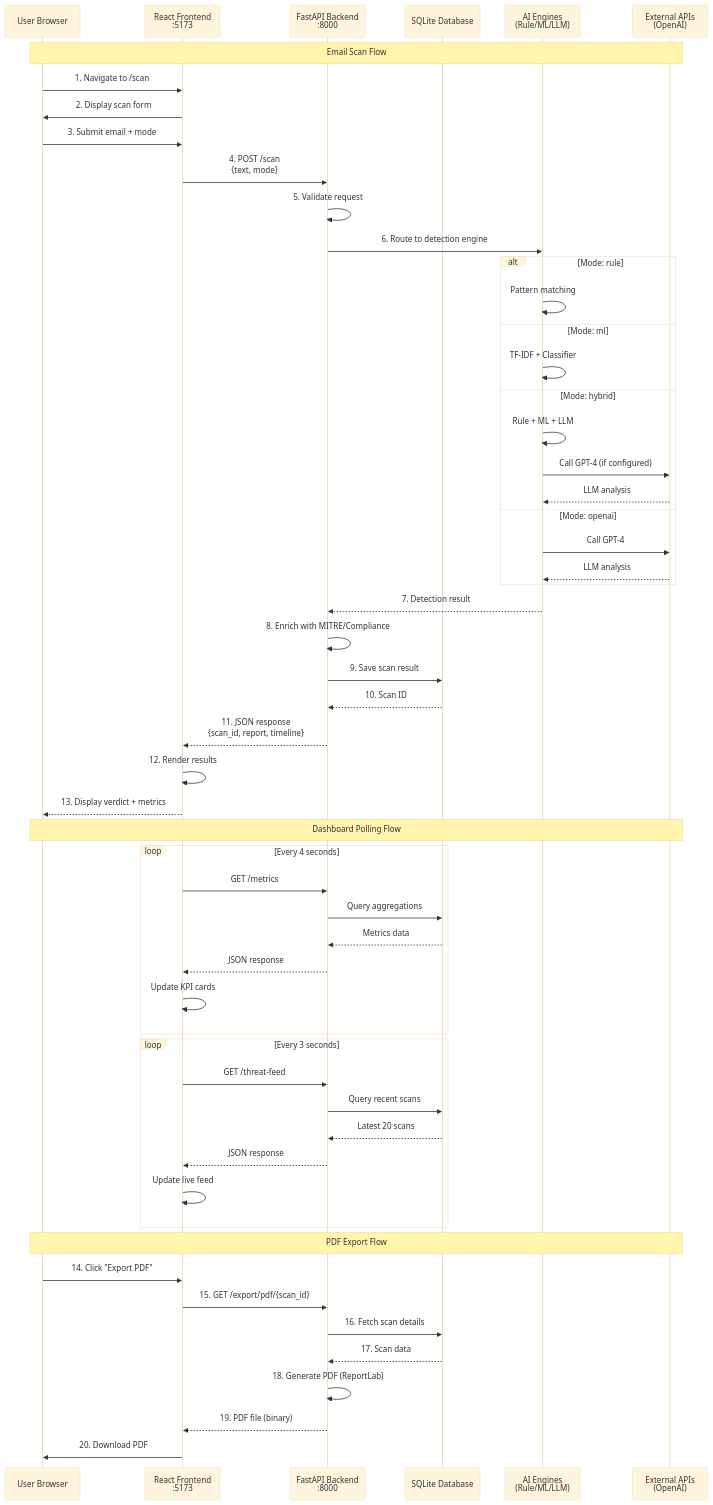
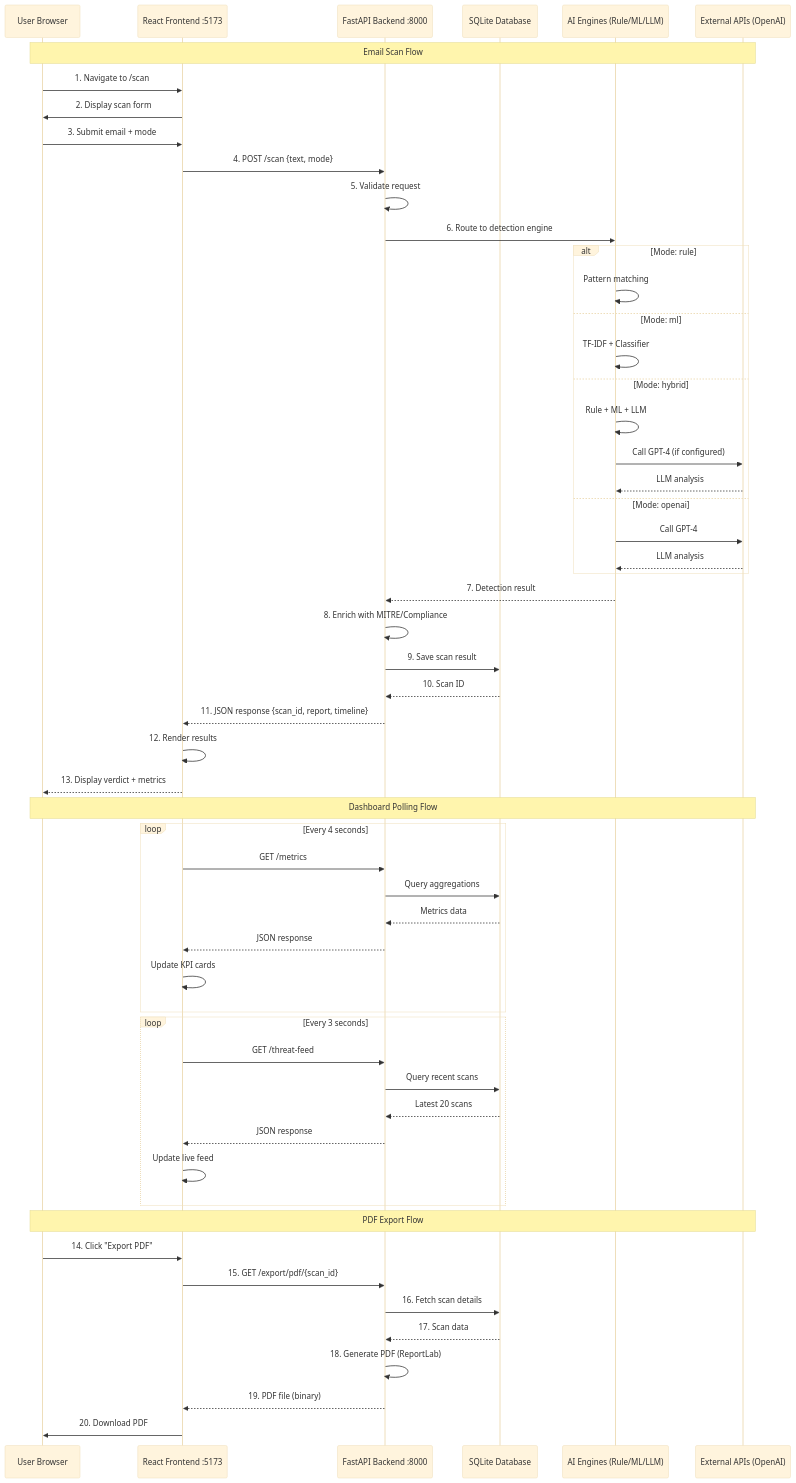
Before and after one commit to dbachu/AutoComplyAI_Enterprise_NoGaps: the fourth of 13 diagrams in ARCHITECTURE_DIAGRAMS.md, drawn with Mermaid (base theme). The commit also changed other lines of this file, not shown here.

Commit message:
Fix Mermaid diagram syntax - replace HTML br tags with line breaks

````diff
--- a/ARCHITECTURE_DIAGRAMS.md
+++ b/ARCHITECTURE_DIAGRAMS.md
@@ -288,70 +345,70 @@
 ```mermaid
 sequenceDiagram
     participant User as User Browser
-    participant Frontend as React Frontend<br/>:5173
-    participant Backend as FastAPI Backend<br/>:8000
+    participant Frontend as React Frontend :5173
+    participant Backend as FastAPI Backend :8000
     participant DB as SQLite Database
-    participant AI as AI Engines<br/>(Rule/ML/LLM)
-    participant External as External APIs<br/>(OpenAI)
+    participant AI as AI Engines (Rule/ML/LLM)
+    participant External as External APIs (OpenAI)
 
     Note over User,External: Email Scan Flow
     
     User->>Frontend: 1. Navigate to /scan
     Frontend->>User: 2. Display scan form
     
     User->>Frontend: 3. Submit email + mode
-    Frontend->>Backend: 4. POST /scan<br/>{text, mode}
+    Frontend->>Backend: 4. POST /scan {text, mode}
     
     Backend->>Backend: 5. Validate request
     Backend->>AI: 6. Route to detection engine
     
     alt Mode: rule
         AI->>AI: Pattern matching
     else Mode: ml
         AI->>AI: TF-IDF + Classifier
     else Mode: hybrid
         AI->>AI: Rule + ML + LLM
         AI->>External: Call GPT-4 (if configured)
         External-->>AI: LLM analysis
     else Mode: openai
         AI->>External: Call GPT-4
         External-->>AI: LLM analysis
     end
     
     AI-->>Backend: 7. Detection result
     Backend->>Backend: 8. Enrich with MITRE/Compliance
     Backend->>DB: 9. Save scan result
     DB-->>Backend: 10. Scan ID
     
-    Backend-->>Frontend: 11. JSON response<br/>{scan_id, report, timeline}
+    Backend-->>Frontend: 11. JSON response {scan_id, report, timeline}
     Frontend->>Frontend: 12. Render results
     Frontend-->>User: 13. Display verdict + metrics
 
     Note over User,External: Dashboard Polling Flow
     
     loop Every 4 seconds
         Frontend->>Backend: GET /metrics
         Backend->>DB: Query aggregations
         DB-->>Backend: Metrics data
         Backend-->>Frontend: JSON response
         Frontend->>Frontend: Update KPI cards
     end
     
     loop Every 3 seconds
         Frontend->>Backend: GET /threat-feed
         Backend->>DB: Query recent scans
         DB-->>Backend: Latest 20 scans
         Backend-->>Frontend: JSON response
         Frontend->>Frontend: Update live feed
     end
 
     Note over User,External: PDF Export Flow
     
     User->>Frontend: 14. Click "Export PDF"
     Frontend->>Backend: 15. GET /export/pdf/{scan_id}
     Backend->>DB: 16. Fetch scan details
     DB-->>Backend: 17. Scan data
     Backend->>Backend: 18. Generate PDF (ReportLab)
     Backend-->>Frontend: 19. PDF file (binary)
     Frontend->>User: 20. Download PDF
 ```
````
